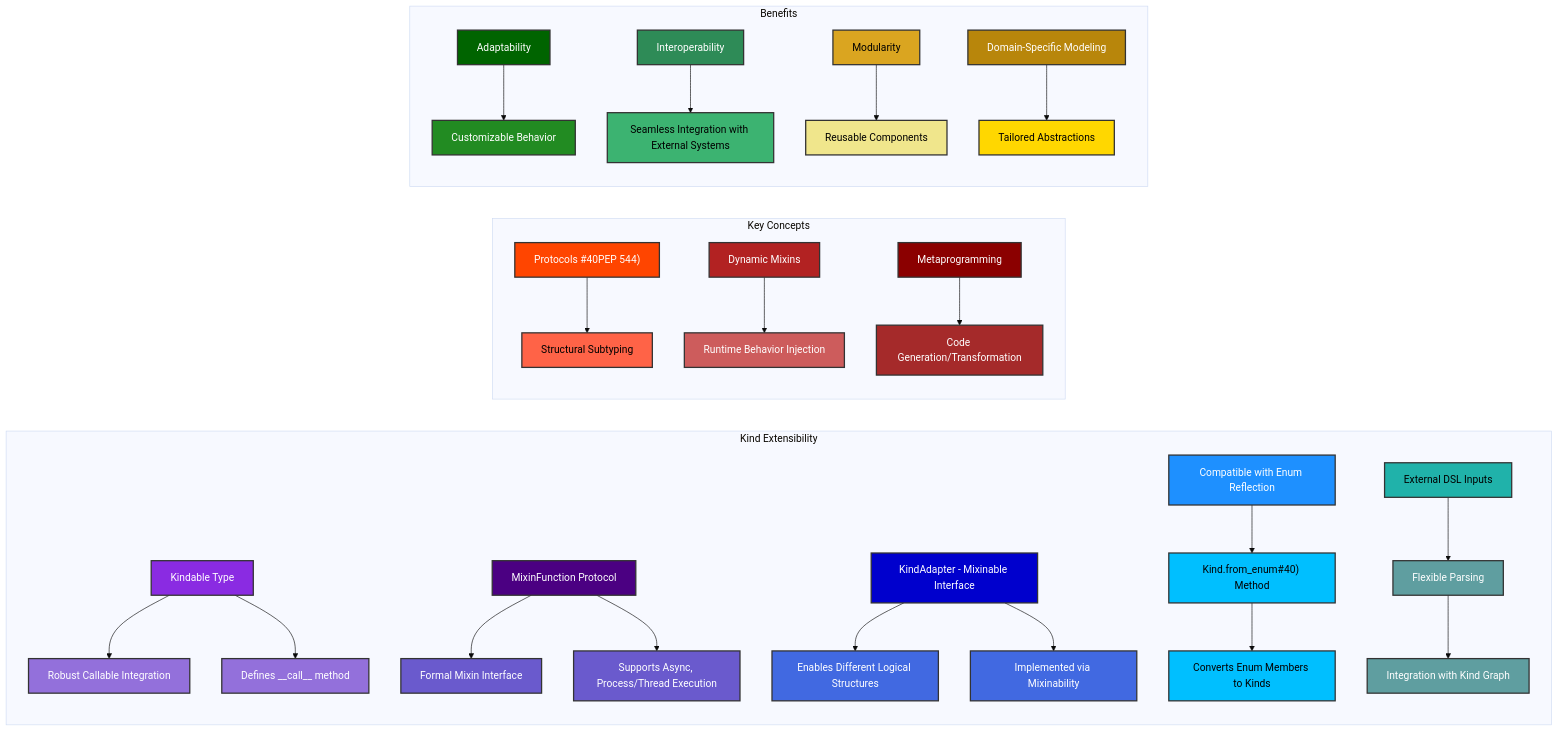
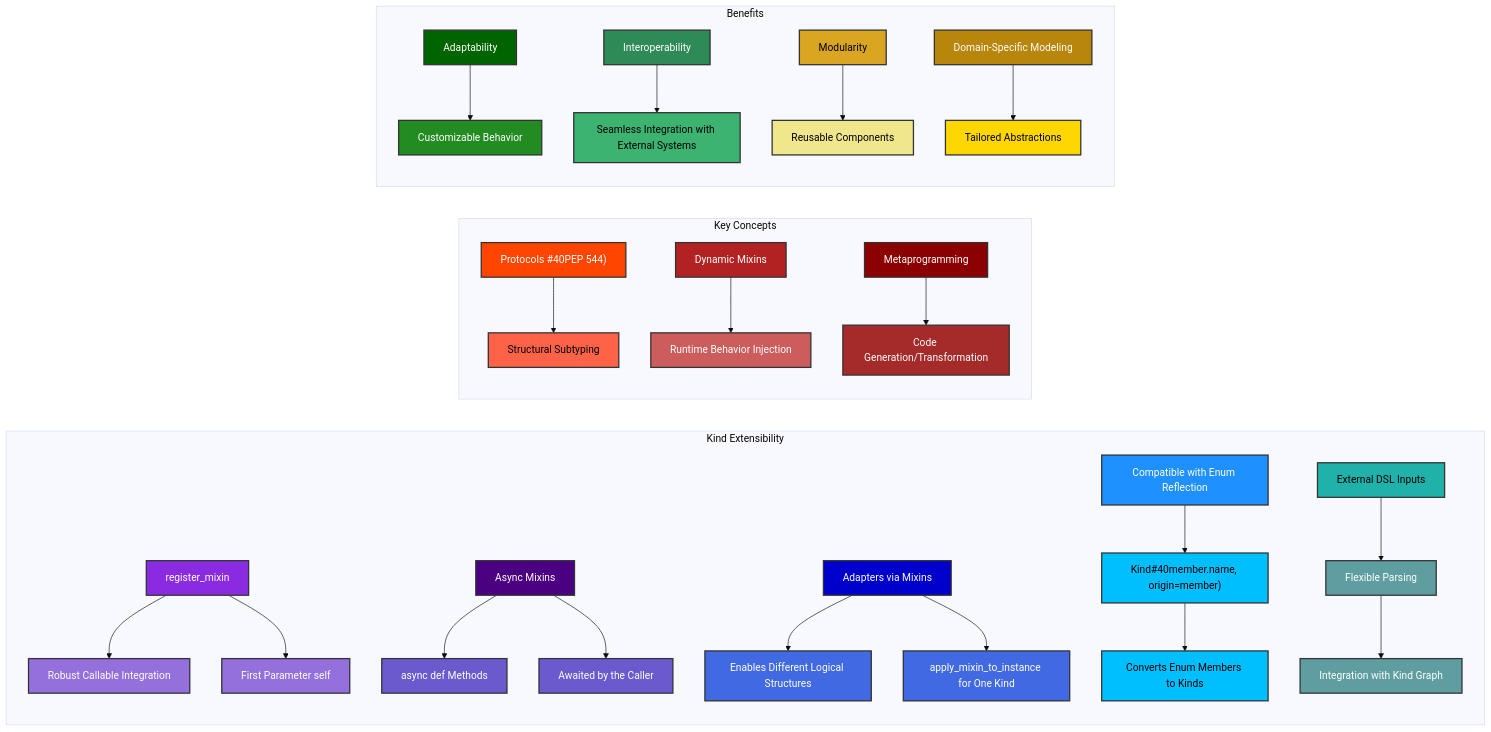
One commit to ikko/kind changed the diagram in docs/topics/11_extensibility/extensibility_overview.mmd. Above: the diagram before and after it, drawn with Mermaid (base theme). The commit also changed 62 other files, not shown here.

First line of the commit message:
Docs: Kind vs type, docs that match the code, the review and its insights

```diff
--- a/docs/topics/11_extensibility/extensibility_overview.mmd
+++ b/docs/topics/11_extensibility/extensibility_overview.mmd
@@ -1,74 +1,74 @@
 graph LR
     subgraph "Kind Extensibility"
-        A[Kindable Type] --> B[Robust Callable Integration];
-        A --> C[Defines __call__ method];
+        A[register_mixin] --> B[Robust Callable Integration];
+        A --> C[First Parameter self];
 
-        D[MixinFunction Protocol] --> E[Formal Mixin Interface];
-        D --> F[Supports Async, Process/Thread Execution];
+        D[Async Mixins] --> E[async def Methods];
+        D --> F[Awaited by the Caller];
 
-        G[KindAdapter - Mixinable Interface] --> H[Enables Different Logical Structures];
-        G --> I[Implemented via Mixinability];
+        G[Adapters via Mixins] --> H[Enables Different Logical Structures];
+        G --> I[apply_mixin_to_instance for One Kind];
 
-        J[Compatible with Enum Reflection] --> K[Kind.from_enum#40#41; Method];
+        J[Compatible with Enum Reflection] --> K[Kind#40member.name, origin=member#41;];
         K --> L[Converts Enum Members to Kinds];
 
         M[External DSL Inputs] --> N[Flexible Parsing];
         N --> O[Integration with Kind Graph];
     end
 
     subgraph "Key Concepts"
         P[Protocols #40PEP 544#41;] --> Q[Structural Subtyping];
         R[Dynamic Mixins] --> S[Runtime Behavior Injection];
         T[Metaprogramming] --> U[Code Generation/Transformation];
     end
 
     subgraph "Benefits"
         V[Adaptability] --> W[Customizable Behavior];
         X[Interoperability] --> Y[Seamless Integration with External Systems];
         Z[Modularity] --> AA[Reusable Components];
         AB[Domain-Specific Modeling] --> AC[Tailored Abstractions];
     end
 
     %% Kind Extensibility - Purple/Blue spectrum
     style A fill:#8A2BE2,stroke:#333,stroke-width:2px,color:#FFFFFF;
     style B fill:#9370DB,stroke:#333,stroke-width:2px,color:#FFFFFF;
     style C fill:#9370DB,stroke:#333,stroke-width:2px,color:#FFFFFF;
 
     style D fill:#4B0082,stroke:#333,stroke-width:2px,color:#FFFFFF;
     style E fill:#6A5ACD,stroke:#333,stroke-width:2px,color:#FFFFFF;
     style F fill:#6A5ACD,stroke:#333,stroke-width:2px,color:#FFFFFF;
 
     style G fill:#0000CD,stroke:#333,stroke-width:2px,color:#FFFFFF;
     style H fill:#4169E1,stroke:#333,stroke-width:2px,color:#FFFFFF;
     style I fill:#4169E1,stroke:#333,stroke-width:2px,color:#FFFFFF;
 
     style J fill:#1E90FF,stroke:#333,stroke-width:2px,color:#FFFFFF;
     style K fill:#00BFFF,stroke:#333,stroke-width:2px,color:#000000;
     style L fill:#00BFFF,stroke:#333,stroke-width:2px,color:#000000;
 
     style M fill:#20B2AA,stroke:#333,stroke-width:2px,color:#000000;
     style N fill:#5F9EA0,stroke:#333,stroke-width:2px,color:#FFFFFF;
     style O fill:#5F9EA0,stroke:#333,stroke-width:2px,color:#FFFFFF;
 
     %% Key Concepts - Red/Orange spectrum
     style P fill:#FF4500,stroke:#333,stroke-width:2px,color:#FFFFFF;
     style Q fill:#FF6347,stroke:#333,stroke-width:2px,color:#000000;
 
     style R fill:#B22222,stroke:#333,stroke-width:2px,color:#FFFFFF;
     style S fill:#CD5C5C,stroke:#333,stroke-width:2px,color:#FFFFFF;
 
     style T fill:#8B0000,stroke:#333,stroke-width:2px,color:#FFFFFF;
     style U fill:#A52A2A,stroke:#333,stroke-width:2px,color:#FFFFFF;
 
     %% Benefits - Green/Gold spectrum
     style V fill:#006400,stroke:#333,stroke-width:2px,color:#FFFFFF;
     style W fill:#228B22,stroke:#333,stroke-width:2px,color:#FFFFFF;
 
     style X fill:#2E8B57,stroke:#333,stroke-width:2px,color:#FFFFFF;
     style Y fill:#3CB371,stroke:#333,stroke-width:2px,color:#000000;
 
     style Z fill:#DAA520,stroke:#333,stroke-width:2px,color:#000000;
     style AA fill:#F0E68C,stroke:#333,stroke-width:2px,color:#000000;
 
     style AB fill:#B8860B,stroke:#333,stroke-width:2px,color:#FFFFFF;
     style AC fill:#FFD700,stroke:#333,stroke-width:2px,color:#000000;
```
